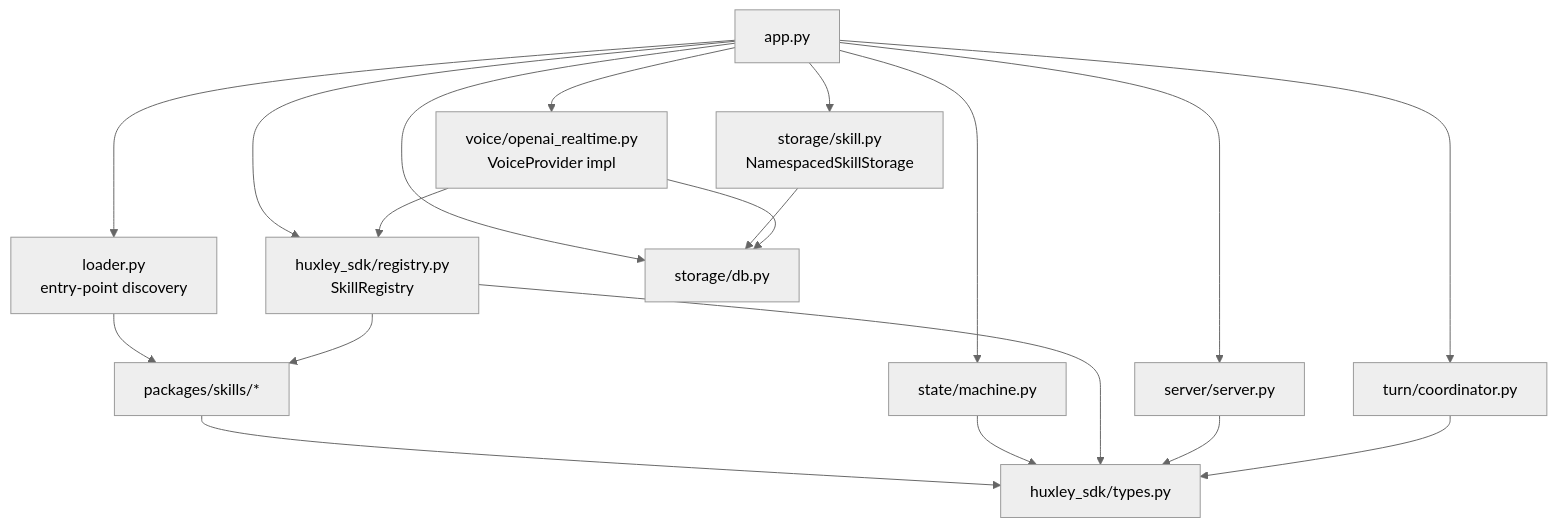
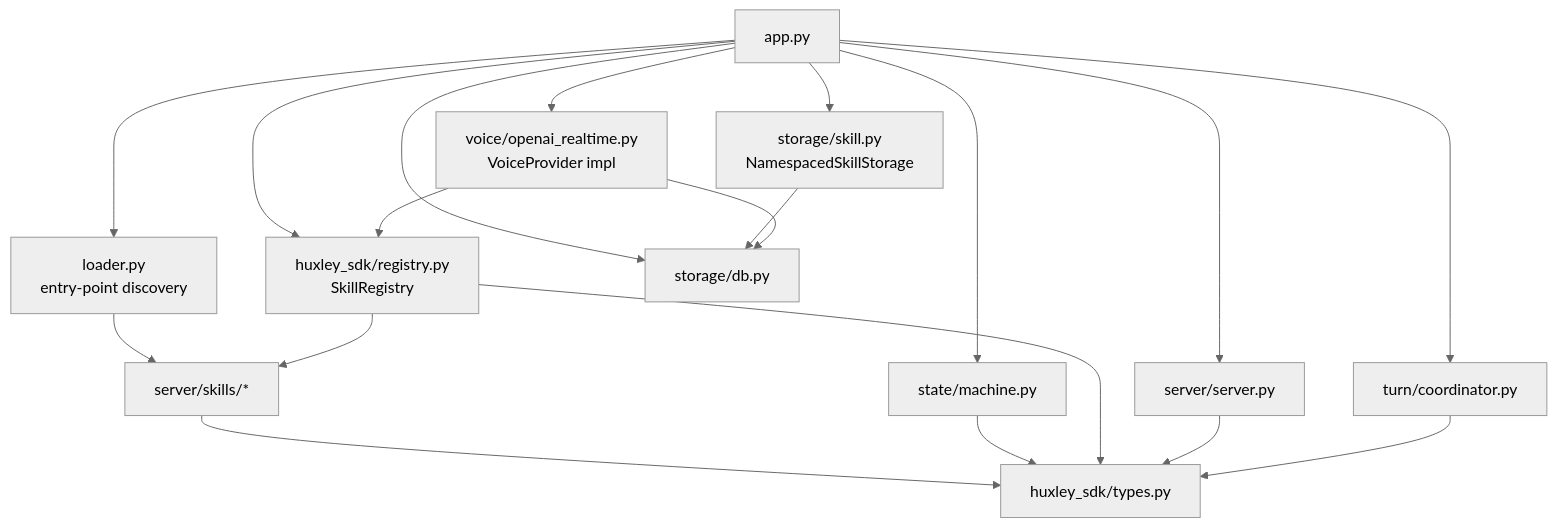
One commit to ma-r-s/Huxley changed the fifth of 5 diagrams in docs/architecture.md. Above: the diagram before and after it, drawn with Mermaid (neutral theme). The commit also changed other lines of this file and 281 other files, not shown here.

````diff
--- a/docs/architecture.md
+++ b/docs/architecture.md
@@ -265,33 +265,33 @@
 ```mermaid
 flowchart TD
     App[app.py]
     Server[server/server.py]
     Session[voice/openai_realtime.py<br/>VoiceProvider impl]
     Coord[turn/coordinator.py]
     Loader[loader.py<br/>entry-point discovery]
     Registry[huxley_sdk/registry.py<br/>SkillRegistry]
-    Skills[packages/skills/*]
+    Skills[server/skills/*]
     State[state/machine.py]
     Storage[storage/db.py]
     NSStorage[storage/skill.py<br/>NamespacedSkillStorage]
     Types[huxley_sdk/types.py]
 
     App --> Server
     App --> Session
     App --> Coord
     App --> Loader
     App --> Registry
     App --> State
     App --> Storage
     App --> NSStorage
     Loader --> Skills
     Registry --> Skills
     NSStorage --> Storage
     Skills --> Types
     Session --> Registry
     Session --> Storage
     State --> Types
     Registry --> Types
     Server --> Types
     Coord --> Types
 ```
````
